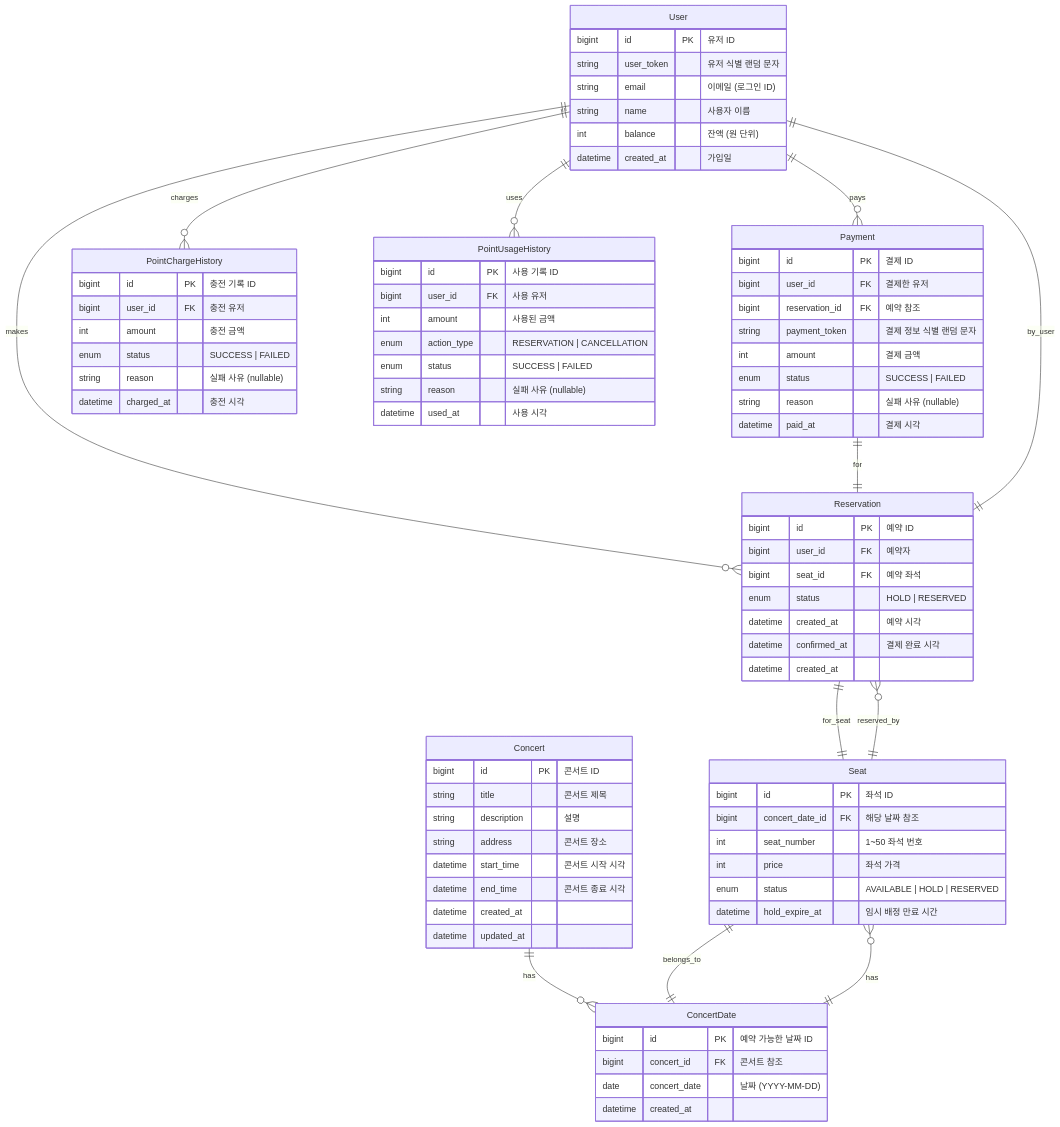
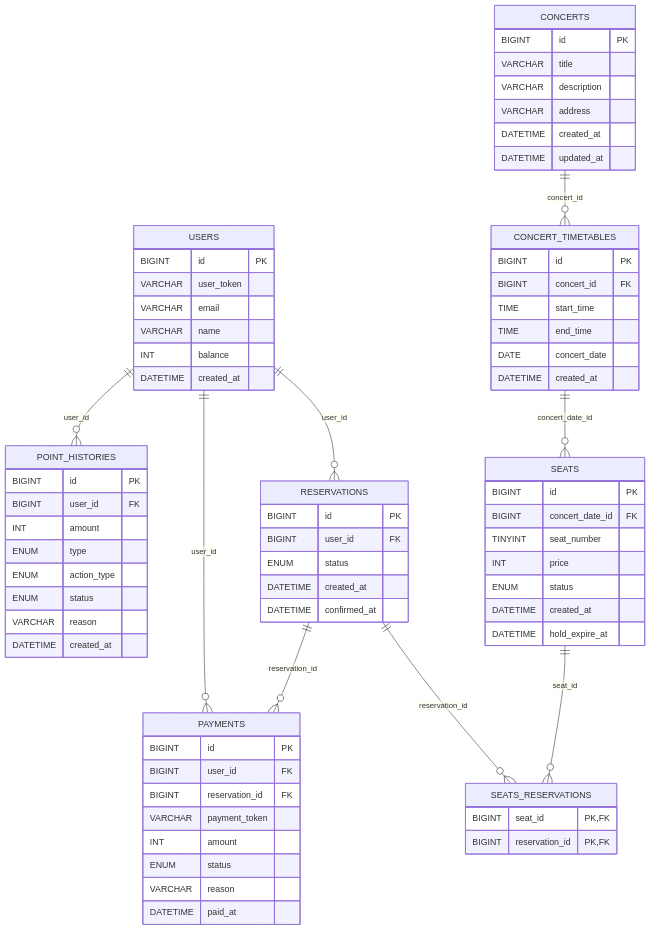
Before and after one commit to UHeeJoon/hanghae99-backend-plus-lite-server: the diagram in docs/erd.md, drawn with Mermaid. The commit also changed other lines of this file, not shown here.

Commit message:
[#4] docs: erd 수정
erd 개편

````diff
--- a/docs/erd.md
+++ b/docs/erd.md
@@ -1,84 +1,86 @@
 ```mermaid
 erDiagram
-    User {
-        bigint id PK "유저 ID"
-        string user_token "유저 식별 랜덤 문자"
-        string email "이메일 (로그인 ID)"
-        string name "사용자 이름"
-        int balance "잔액 (원 단위)"
-        datetime created_at "가입일"
+    USERS ||--o{ RESERVATIONS : "user_id"
+    USERS ||--o{ PAYMENTS : "user_id"
+    USERS ||--o{ POINT_HISTORIES : "user_id"
+
+    CONCERTS ||--o{ CONCERT_TIMETABLES : "concert_id"
+    CONCERT_TIMETABLES ||--o{ SEATS : "concert_date_id"
+    SEATS ||--o{ SEATS_RESERVATIONS : "seat_id"
+    RESERVATIONS ||--o{ SEATS_RESERVATIONS : "reservation_id"
+    RESERVATIONS ||--o{ PAYMENTS : "reservation_id"
+
+    USERS {
+        BIGINT id PK
+        VARCHAR user_token
+        VARCHAR email
+        VARCHAR name
+        INT balance
+        DATETIME created_at
     }
-    Concert {
-        bigint id PK "콘서트 ID"
-        string title "콘서트 제목"
-        string description "설명"
-        string address "콘서트 장소"
-        datetime start_time "콘서트 시작 시각"
-        datetime end_time "콘서트 종료 시각"
-        datetime created_at
-        datetime updated_at
+
+    CONCERTS {
+        BIGINT id PK
+        VARCHAR title
+        VARCHAR description
+        VARCHAR address
+        DATETIME created_at
+        DATETIME updated_at
     }
-    ConcertDate {
-        bigint id PK "예약 가능한 날짜 ID"
-        bigint concert_id FK "콘서트 참조"
-        date concert_date "날짜 (YYYY-MM-DD)"
-        datetime created_at
+
+    CONCERT_TIMETABLES {
+        BIGINT id PK
+        BIGINT concert_id FK
+        TIME start_time
+        TIME end_time
+        DATE concert_date
+        DATETIME created_at
     }
-    Seat {
-        bigint id PK "좌석 ID"
-        bigint concert_date_id FK "해당 날짜 참조"
-        int seat_number "1~50 좌석 번호"
-        int price "좌석 가격"
-        enum status "AVAILABLE | HOLD | RESERVED"
-        datetime hold_expire_at "임시 배정 만료 시간"
+
+    SEATS {
+        BIGINT id PK
+        BIGINT concert_date_id FK
+        TINYINT seat_number
+        INT price
+        ENUM status
+        DATETIME created_at
+        DATETIME hold_expire_at
     }
-    Reservation {
-        bigint id PK "예약 ID"
-        bigint user_id FK "예약자"
-        bigint seat_id FK "예약 좌석"
-        enum status "HOLD | RESERVED"
-        datetime created_at "예약 시각"
-        datetime confirmed_at "결제 완료 시각"
-        datetime created_at
+
+    RESERVATIONS {
+        BIGINT id PK
+        BIGINT user_id FK
+        ENUM status
+        DATETIME created_at
+        DATETIME confirmed_at
     }
-    Payment {
-        bigint id PK "결제 ID"
-        bigint user_id FK "결제한 유저"
-        bigint reservation_id FK "예약 참조"
-        string payment_token "결제 정보 식별 랜덤 문자"
-        int amount "결제 금액"
-        enum status "SUCCESS | FAILED"
-        string reason "실패 사유 (nullable)"
-        datetime paid_at "결제 시각"
+
+    SEATS_RESERVATIONS {
+        BIGINT seat_id PK,FK
+        BIGINT reservation_id PK,FK
     }
-    PointChargeHistory {
-        bigint id PK "충전 기록 ID"
-        bigint user_id FK "충전 유저"
-        int amount "충전 금액"
-        enum status "SUCCESS | FAILED"
-        string reason "실패 사유 (nullable)"
-        datetime charged_at "충전 시각"
+
+    PAYMENTS {
+        BIGINT id PK
+        BIGINT user_id FK
+        BIGINT reservation_id FK
+        VARCHAR payment_token
+        INT amount
+        ENUM status
+        VARCHAR reason
+        DATETIME paid_at
     }
-    PointUsageHistory {
-        bigint id PK "사용 기록 ID"
-        bigint user_id FK "사용 유저"
-        int amount "사용된 금액"
-        enum action_type "RESERVATION | CANCELLATION"
-        enum status "SUCCESS | FAILED"
-        string reason "실패 사유 (nullable)"
-        datetime used_at "사용 시각"
+
+    POINT_HISTORIES {
+        BIGINT id PK
+        BIGINT user_id FK
+        INT amount
+        ENUM type
+        ENUM action_type
+        ENUM status
+        VARCHAR reason
+        DATETIME created_at
     }
-    User ||--o{ Reservation: makes
-    User ||--o{ Payment: pays
-    User ||--o{ PointChargeHistory: charges
-    User ||--o{ PointUsageHistory: uses
-    Concert ||--o{ ConcertDate: has
-    ConcertDate ||--o{ Seat: has
-    Seat ||--|| ConcertDate: belongs_to
-    Seat ||--o{ Reservation: reserved_by
-    Reservation ||--|| Seat: for_seat
-    Reservation ||--|| User: by_user
-    Payment ||--|| Reservation: for
 
 
 ```
````
